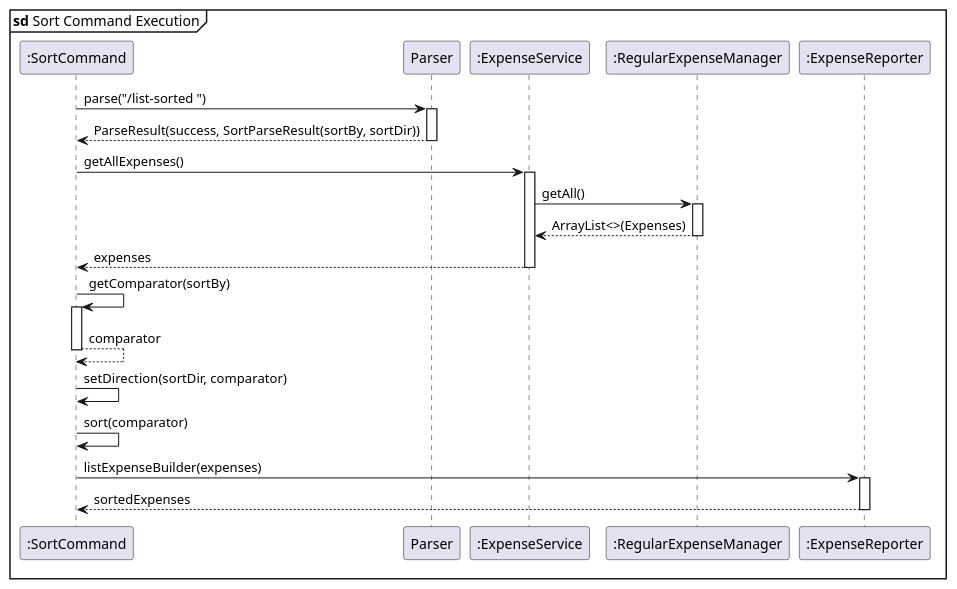
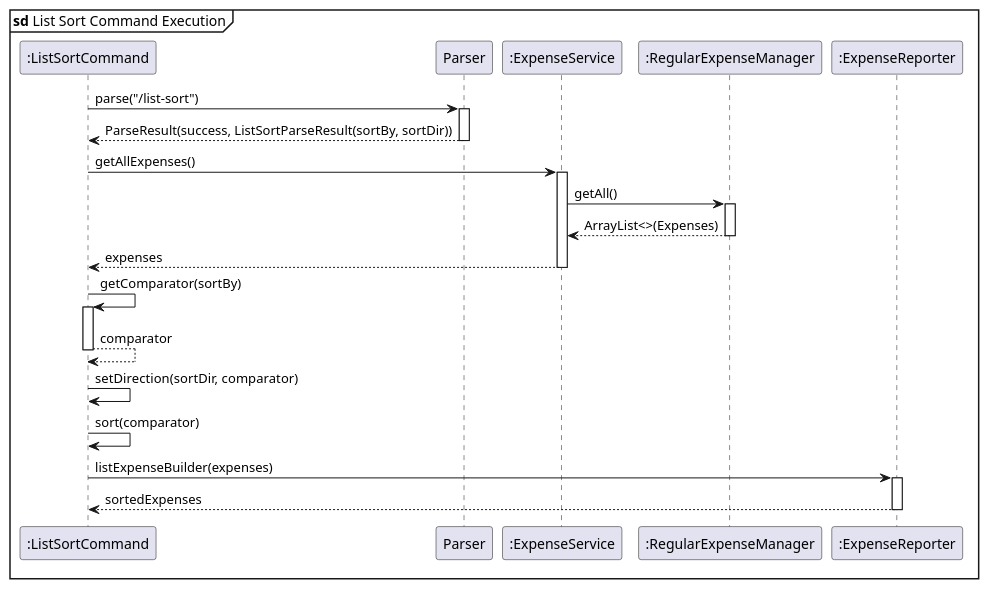
One commit to randust/tp changed the diagram in docs/diagrams/sequence/sort.puml. Above: the diagram before and after it, drawn with PlantUML. The commit also changed 9 other files, not shown here.

```diff
--- a/docs/diagrams/sequence/sort.puml
+++ b/docs/diagrams/sequence/sort.puml
@@ -1,52 +1,52 @@
 @startuml sort
 skinparam sequenceReferenceBackgroundColor #white
 
-mainframe **sd** Sort Command Execution
+mainframe **sd** List Sort Command Execution
 
-participant ":SortCommand" as SC
+participant ":ListSortCommand" as SC
 
-SC -> Parser : parse("/list-sorted ")
+SC -> Parser : parse("/list-sort")
 activate Parser
 
-Parser --> SC : ParseResult(success, SortParseResult(sortBy, sortDir))
+Parser --> SC : ParseResult(success, ListSortParseResult(sortBy, sortDir))
 deactivate Parser
 
 
 
 participant ":ExpenseService" as ES
 participant ":RegularExpenseManager" as REM
 SC -> ES: getAllExpenses()
 activate ES
 
 ES -> REM: getAll()
 activate REM
 
 REM --> ES: ArrayList<>(Expenses)
 deactivate REM
 
 ES --> SC: expenses
 deactivate ES
 
 
 SC -> SC: getComparator(sortBy)
 activate SC
 SC --> SC: comparator
 deactivate SC
 
 
 SC -> SC: setDirection(sortDir, comparator)
 
 
 
 SC -> SC: sort(comparator)
 
 participant ":ExpenseReporter" as ER
 
 SC -> ER: listExpenseBuilder(expenses)
 activate ER
 ER --> SC: sortedExpenses
 deactivate ER
 
 
 
 @enduml
```
